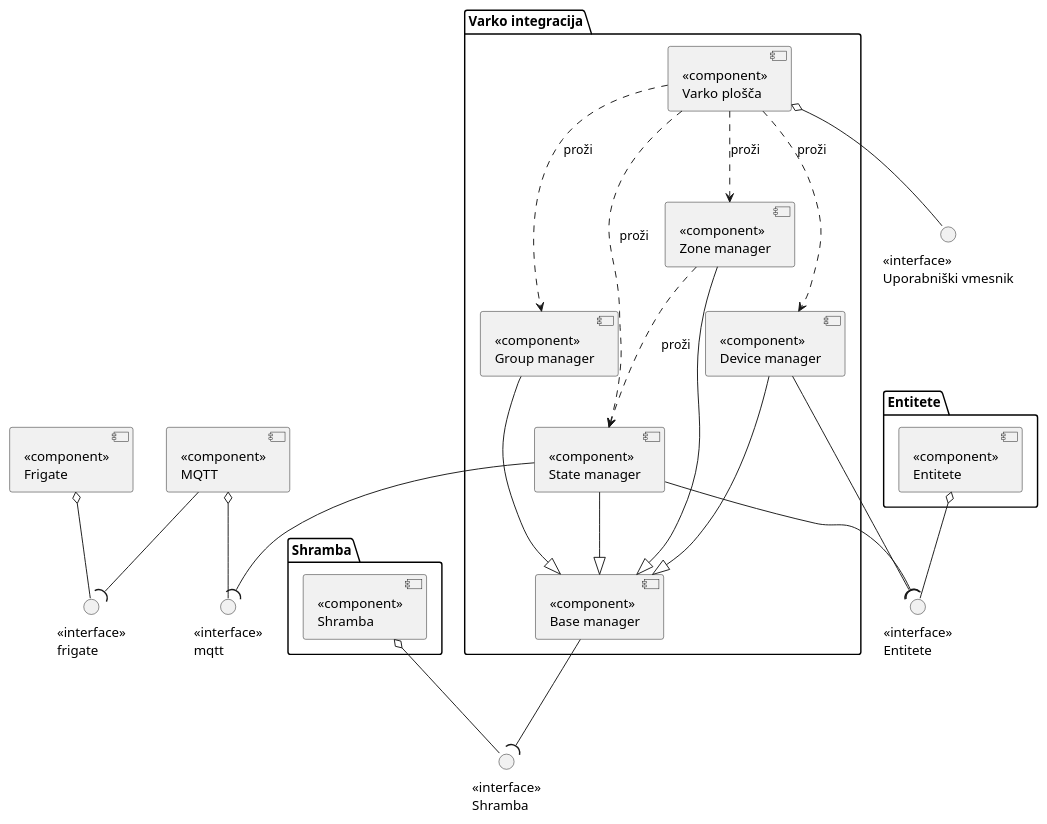
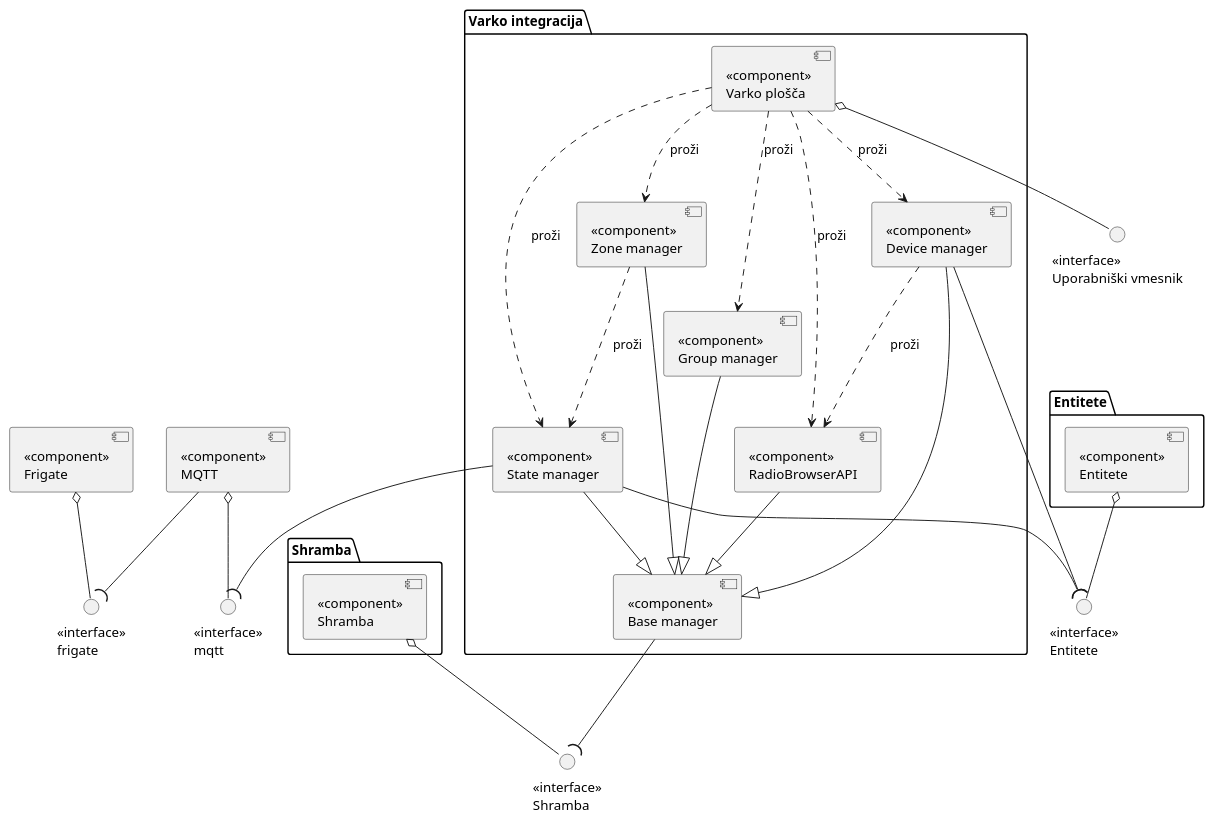
Before and after one commit to TPO-2024-2025/Varko: the diagram in docs/gradivo/plantuml/Izvedljiv sistem/diagram_komponentni.puml, drawn with PlantUML. The commit also changed 35 other files, not shown here.

```diff
--- a/docs/gradivo/plantuml/Izvedljiv sistem/diagram_komponentni.puml
+++ b/docs/gradivo/plantuml/Izvedljiv sistem/diagram_komponentni.puml
@@ -1,49 +1,53 @@
 @startuml
 package "Varko integracija" {
     component "<<component>>\nBase manager" as baseManager
     component "<<component>>\nDevice manager" as deviceManager
     component "<<component>>\nGroup manager" as groupManager
     component "<<component>>\nState manager" as stateManager
     component "<<component>>\nZone manager" as zonesManager
     component "<<component>>\nVarko plošča" as varkoDashboard
+    component "<<component>>\nRadioBrowserAPI" as radioBrowserAPI
     deviceManager --|> baseManager
     groupManager --|> baseManager
     stateManager --|> baseManager
     zonesManager --|> baseManager
+    radioBrowserAPI --|> baseManager
 }
 
 package "Shramba" {
     component "<<component>>\nShramba" as store
 }
 package "Entitete" {
     component "<<component>>\nEntitete" as entities
 }
 
 component "<<component>>\nFrigate" as frigate
 component "<<component>>\nMQTT" as mqtt
 
 varkoDashboard ..> deviceManager : proži
 varkoDashboard ..> groupManager : proži
 varkoDashboard ..> zonesManager : proži
 varkoDashboard ..> stateManager : proži
+varkoDashboard ..> radioBrowserAPI : proži
+deviceManager ..> radioBrowserAPI: proži
 
 zonesManager ..> stateManager : proži
 
 interface "<<interface>>\nUporabniški vmesnik" as uporabniskiVmesnik
 interface "<<interface>>\nShramba" as storeInterface
 interface "<<interface>>\nmqtt" as mqttInterface
 interface "<<interface>>\nfrigate" as frigateInterface
 interface "<<interface>>\nEntitete" as entitiesInterface
 
 varkoDashboard o-- uporabniskiVmesnik
 frigate o-- frigateInterface
 mqtt --( frigateInterface
 mqtt o-- mqttInterface
 stateManager --( mqttInterface
 store o-- storeInterface
 baseManager --( storeInterface
 entities o-- entitiesInterface
 deviceManager --( entitiesInterface
 stateManager --( entitiesInterface
 
 @enduml
```
